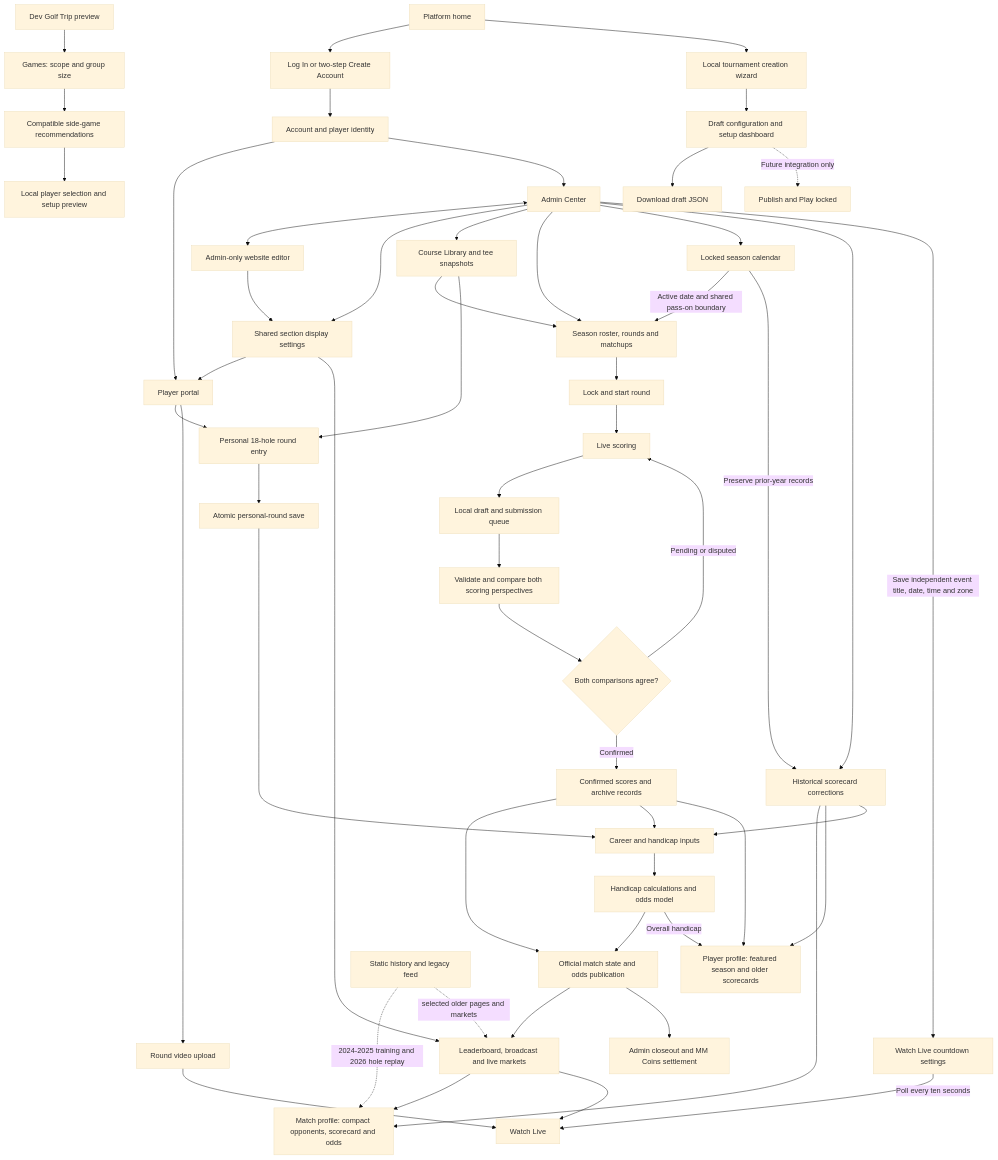
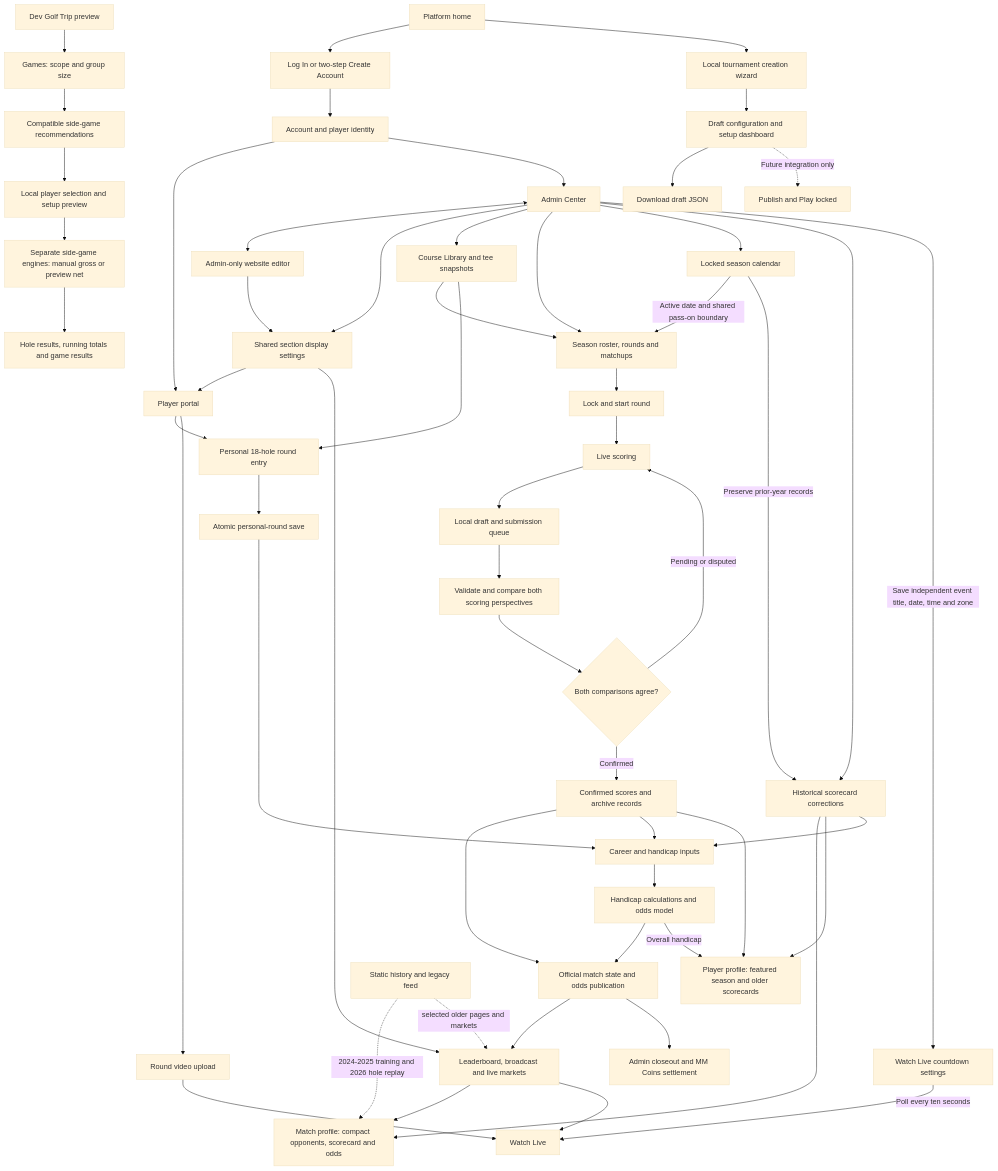
The diagram in docs/app-workflow.md (cadebarone00/MM-Website), drawn with Mermaid (base theme) before and after one commit. The commit also changed other lines of this file and 19 other files, not shown here.

```diff
--- a/docs/app-workflow.md
+++ b/docs/app-workflow.md
@@ -20,7 +22,9 @@
   GP[Dev Golf Trip preview] --> GS[Games: scope and group size]
   GS --> GR[Compatible side-game recommendations]
   GR --> GU[Local player selection and setup preview]
-  %% Games use fictional data and component memory only; no edge to official Competition or scoring.
+  GU --> GE[Separate side-game engines: manual gross or preview net]
+  GE --> GT[Hole results, running totals and game results]
+  %% Games use fictional data and component memory only; no edge to official Competition scoring, standings or database.
   %% Platform page headings sit beside the hamburger menu in smaller bold Spectral type.
   %% Operator recovery tooling only: REST row exports; optional explicit pg_dump to local dump/manifest; isolated restore drill documented. No provider monitoring, PITR activation or application integration.
   %% Mobile platform home: sampled #1D0B11 upper region, horizontally snapping Join/Create photo cards, Discover/Courses/News selectors and floating Home/Tournaments/Account links.
```
